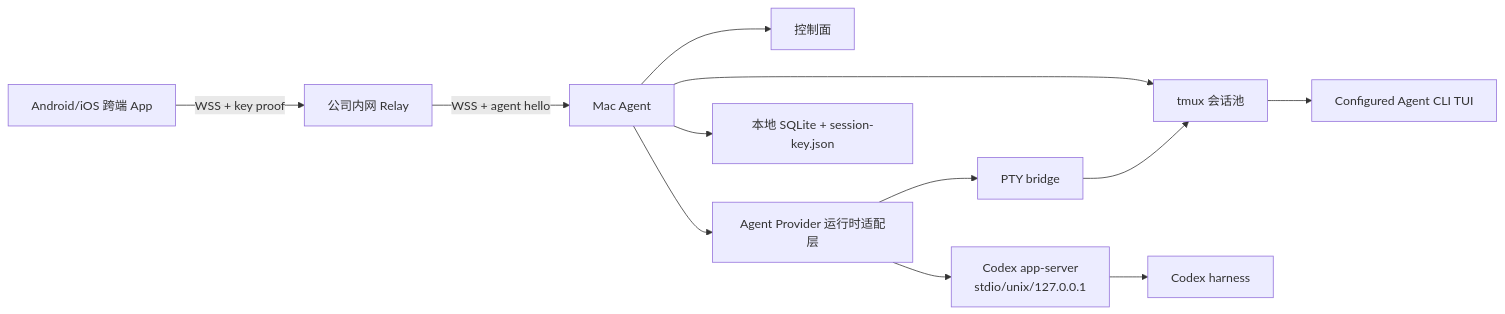
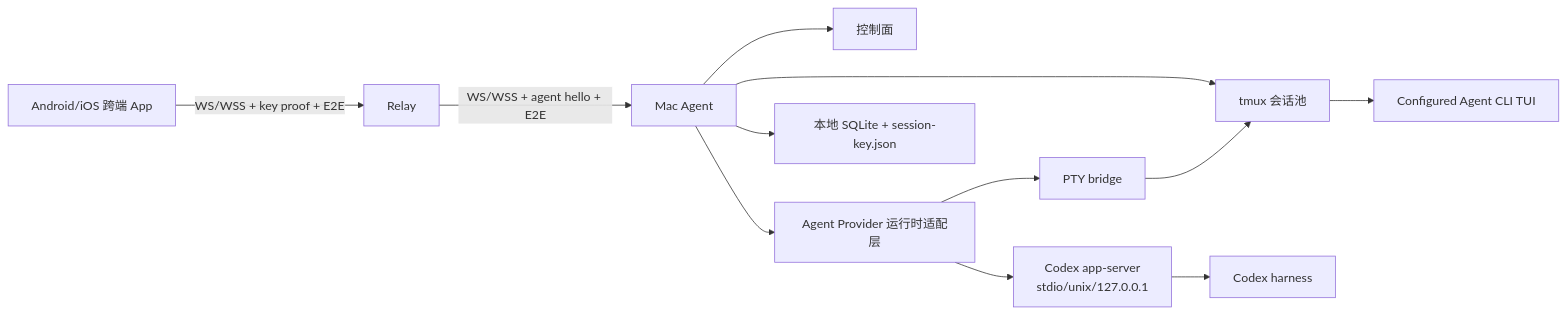
The first of 2 diagrams in docs/mobile-codex-tui-technical-solution.md (zhangbozhb/OmniWork), drawn with Mermaid before and after one commit. The commit also changed other lines of this file and 19 other files, not shown here.

````diff
--- a/docs/mobile-codex-tui-technical-solution.md
+++ b/docs/mobile-codex-tui-technical-solution.md
@@ -199,17 +199,17 @@
 ```mermaid
 flowchart LR
-  Phone["Android/iOS 跨端 App"] -->|WSS + key proof| Relay["公司内网 Relay"]
-  Relay -->|WSS + agent hello| Agent["Mac Agent"]
+  Phone["Android/iOS 跨端 App"] -->|WS/WSS + key proof + E2E| Relay["Relay"]
+  Relay -->|WS/WSS + agent hello + E2E| Agent["Mac Agent"]
 
   Agent --> Control["控制面"]
   Agent --> Runtime["Agent Provider 运行时适配层"]
   Agent --> Tmux["tmux 会话池"]
   Agent --> Store["本地 SQLite + session-key.json"]
 
   Runtime --> AppServer["Codex app-server<br/>stdio/unix/127.0.0.1"]
   Runtime --> PTY["PTY bridge"]
   PTY --> Tmux
   Tmux --> ProviderTUI["Configured Agent CLI TUI"]
 
   AppServer --> CodexHarness["Codex harness"]
 ```
````
